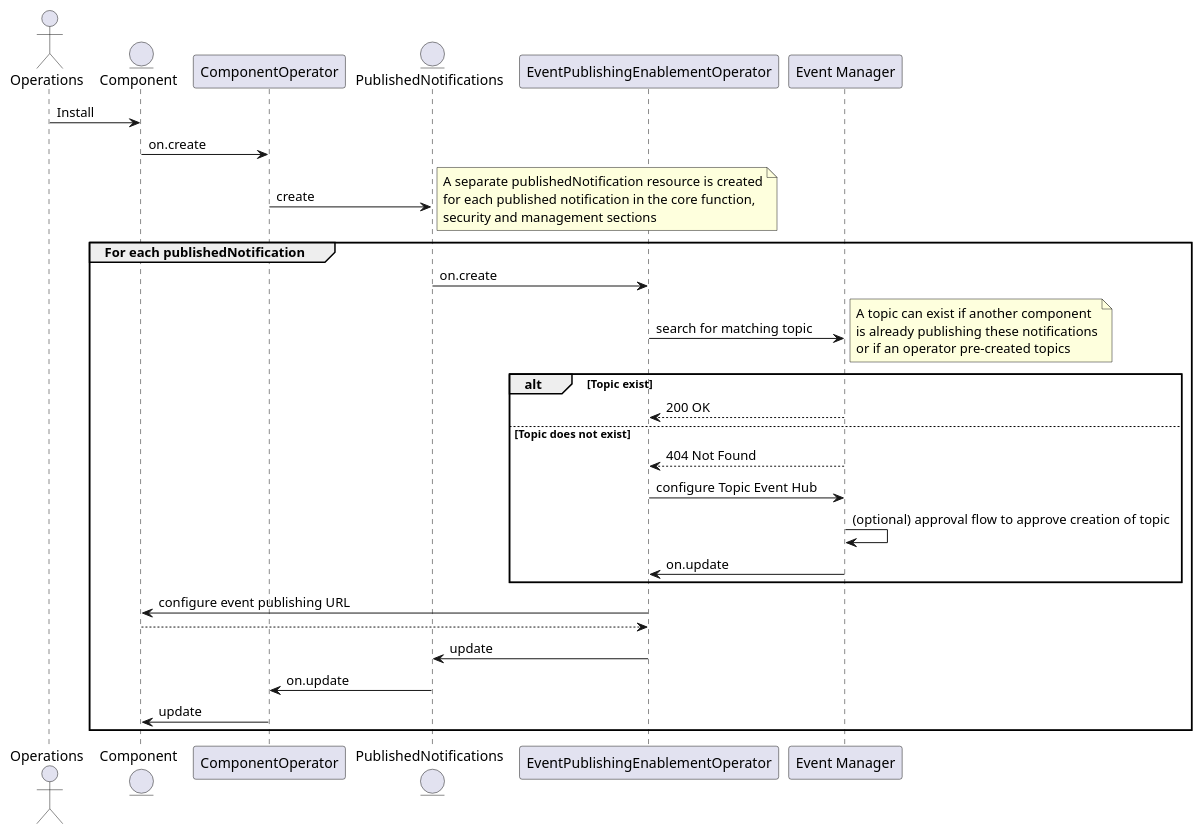
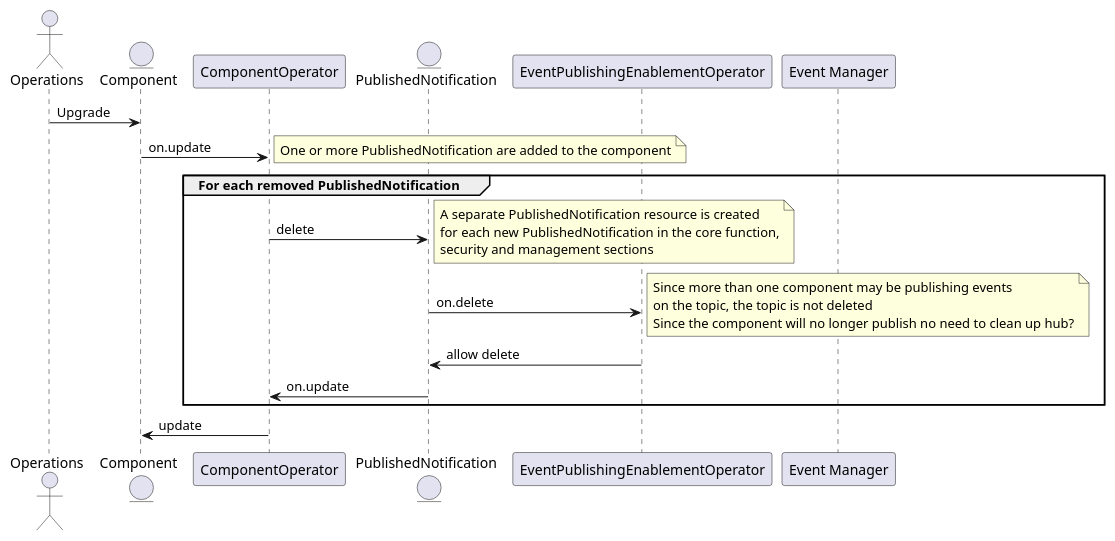
Before and after one commit to tmforum-oda/oda-canvas: the diagram in oda-canvas-ctk/usecase-library/pumlFiles/enableEventPublishing-with-delete.puml, drawn with PlantUML. The commit also changed 4 other files, not shown here.

Commit message:
Improved Sequence Diagrams for enableEventPublishing

```diff
--- a/oda-canvas-ctk/usecase-library/pumlFiles/enableEventPublishing-with-delete.puml
+++ b/oda-canvas-ctk/usecase-library/pumlFiles/enableEventPublishing-with-delete.puml
@@ -1,41 +1,33 @@
 @startuml
 
 actor Operations
 entity Component
 participant ComponentOperator
-entity PublishedNotifications
+entity PublishedNotification
 participant EventPublishingEnablementOperator
 participant "Event Manager" as TMFC019
 
-Component <- Operations : Install
-Component -> ComponentOperator: on.create 
-ComponentOperator -> PublishedNotifications: create
+
+Component <- Operations : Upgrade
+Component -> ComponentOperator: on.update 
 note right
-    A separate publishedNotification resource is created
-    for each published notification in the core function,
-    security and management sections
+    One or more PublishedNotification are added to the component
 end note
-group For each publishedNotification
-    PublishedNotifications -> EventPublishingEnablementOperator: on.create     
-    EventPublishingEnablementOperator -> TMFC019: search for matching topic
-    note right
-    	A topic can exist if another component
-    	is already publishing these notifications
-    	or if an operator pre-created topics
-    end note
-    alt Topic exist
-    	EventPublishingEnablementOperator <-- TMFC019: 200 OK
-    else Topic does not exist
-     	EventPublishingEnablementOperator <-- TMFC019: 404 Not Found
-    	EventPublishingEnablementOperator -> TMFC019 : configure Topic Event Hub
-    	TMFC019 -> TMFC019: (optional) approval flow to approve creation of topic
-    	EventPublishingEnablementOperator <- TMFC019 : on.update
-    end alt
-    EventPublishingEnablementOperator -> Component : configure event publishing URL
-    EventPublishingEnablementOperator <-- Component
-    PublishedNotifications <- EventPublishingEnablementOperator: update
-    ComponentOperator <- PublishedNotifications: on.update
-    Component <- ComponentOperator: update 
+group For each removed PublishedNotification
+	ComponentOperator -> PublishedNotification: delete
+	note right
+	    A separate PublishedNotification resource is created
+	    for each new PublishedNotification in the core function,
+	    security and management sections
+	end note
+	PublishedNotification -> EventPublishingEnablementOperator: on.delete
+	note right
+	    Since more than one component may be publishing events
+	    on the topic, the topic is not deleted
+	    Since the component will no longer publish no need to clean up hub?
+	end note
+    PublishedNotification <- EventPublishingEnablementOperator : allow delete
+    ComponentOperator <- PublishedNotification: on.update
 end
-
+Component <- ComponentOperator: update 
 @enduml
```
